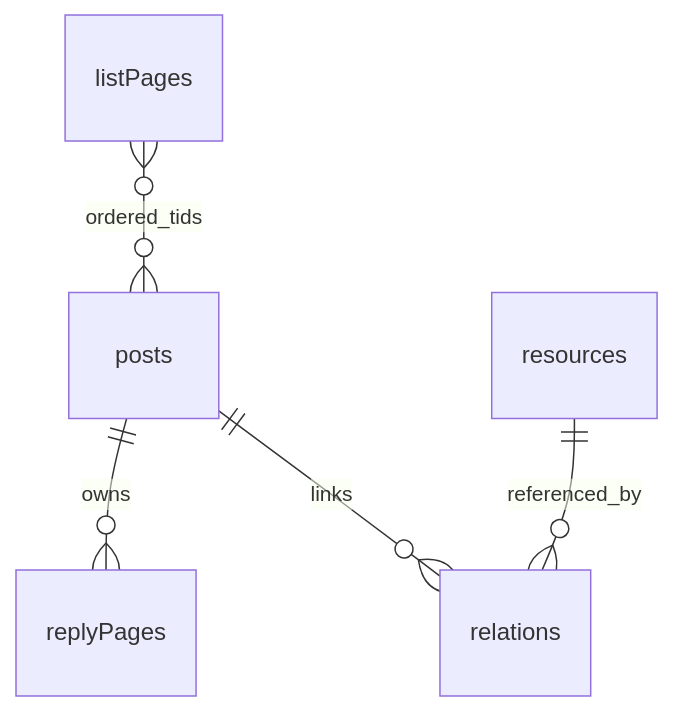
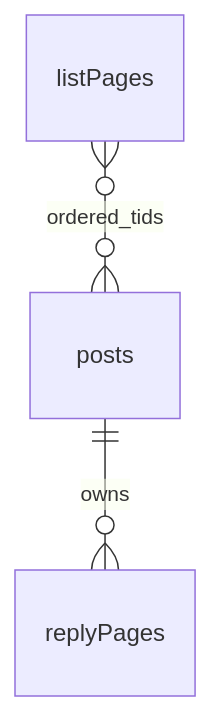
The diagram in docs/storage-model.md (corvofeng/readscape), drawn with Mermaid before and after one commit. The commit also changed other lines of this file and 14 other files, not shown here.

````diff
--- a/docs/storage-model.md
+++ b/docs/storage-model.md
@@ -26,7 +27,5 @@
 ```mermaid
 erDiagram
     posts ||--o{ replyPages : owns
-    posts ||--o{ relations : links
-    resources ||--o{ relations : referenced_by
     listPages }o--o{ posts : ordered_tids
 ```
````
